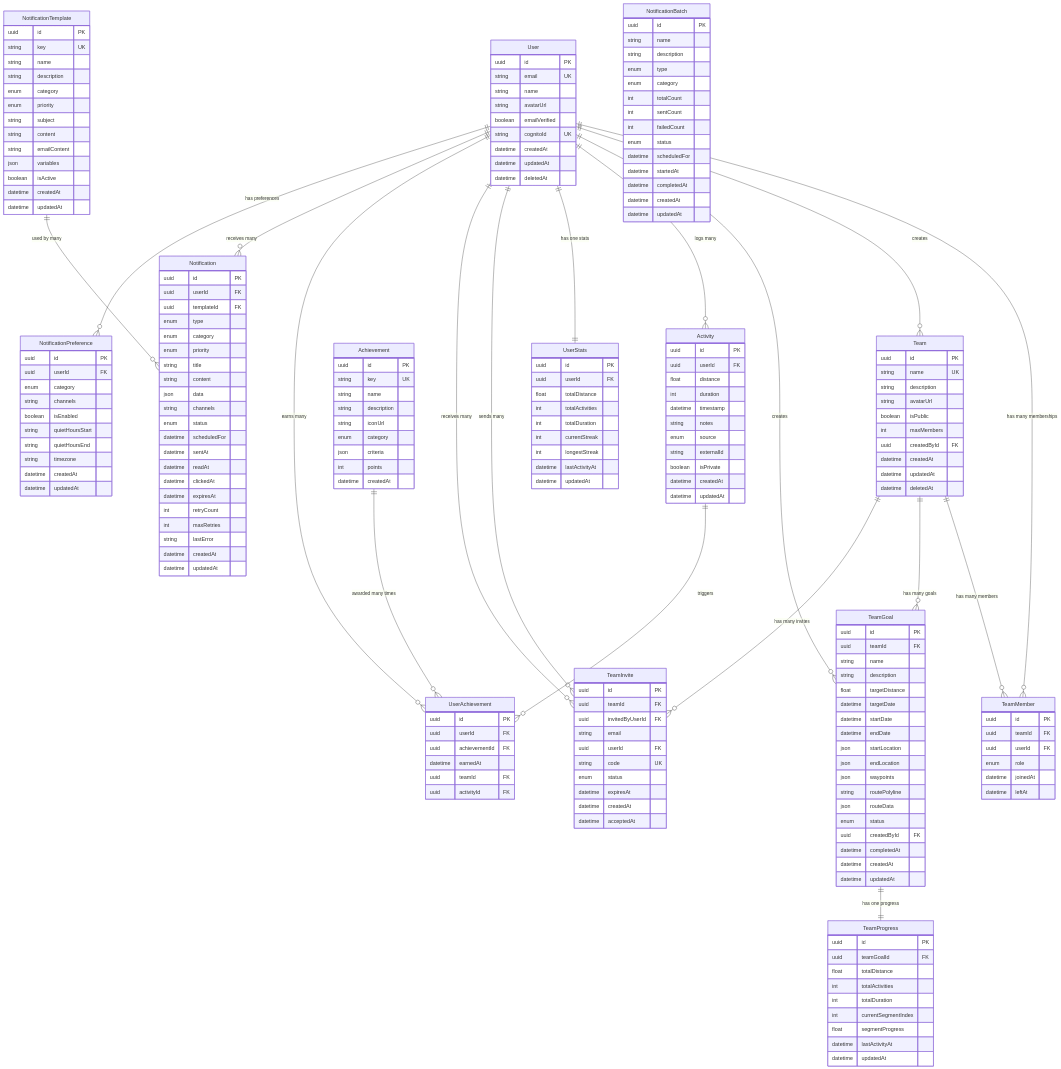
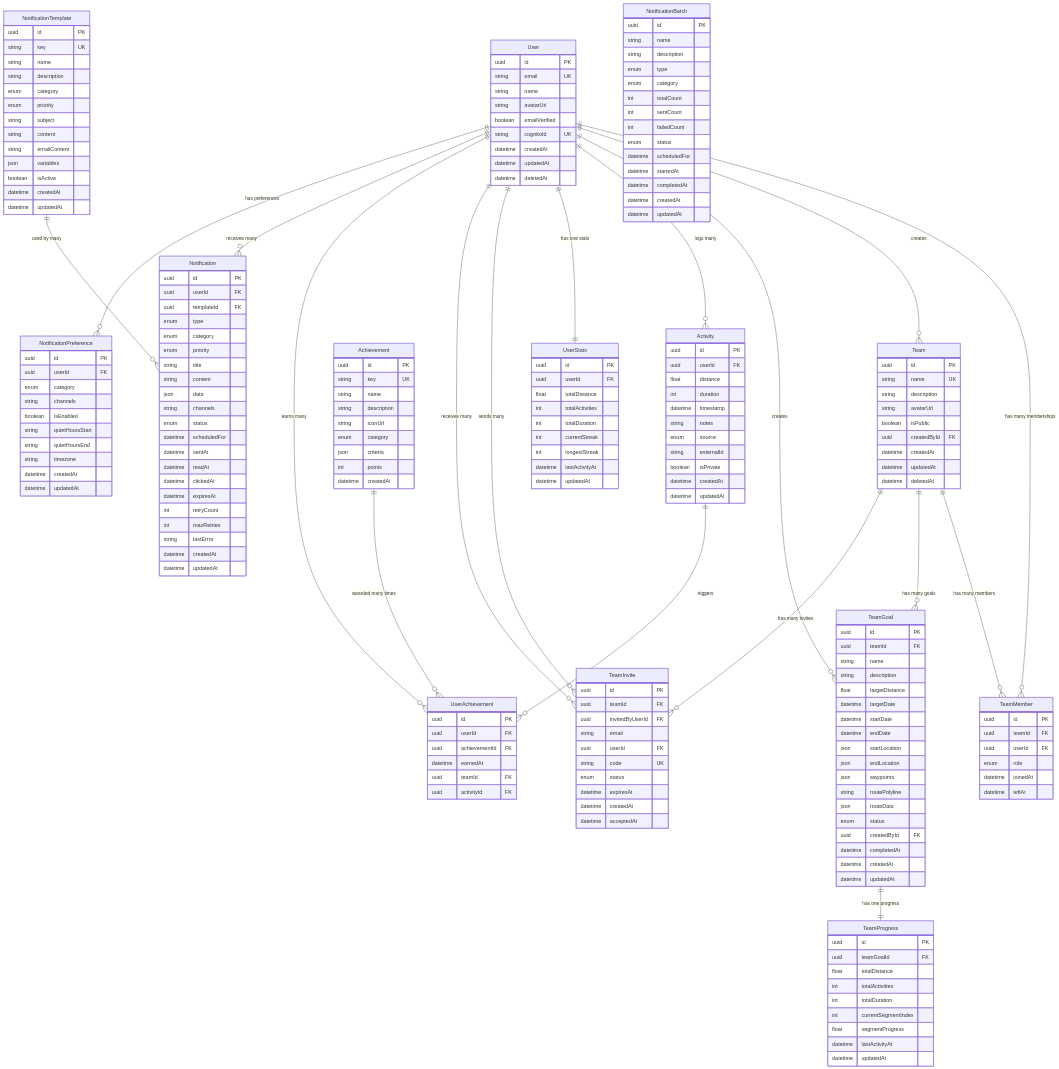
The diagram in docs/agents/03-data-model/current/entity-relationship-diagram.md (bailedk/mile-quest), drawn with Mermaid before and after one commit. The commit also changed other lines of this file and 28 other files, not shown here.

```diff
--- a/docs/agents/03-data-model/current/entity-relationship-diagram.md
+++ b/docs/agents/03-data-model/current/entity-relationship-diagram.md
@@ -26,7 +26,6 @@
         string description
         string avatarUrl
         boolean isPublic
-        int maxMembers
         uuid createdById FK
         datetime createdAt
         datetime updatedAt
```
